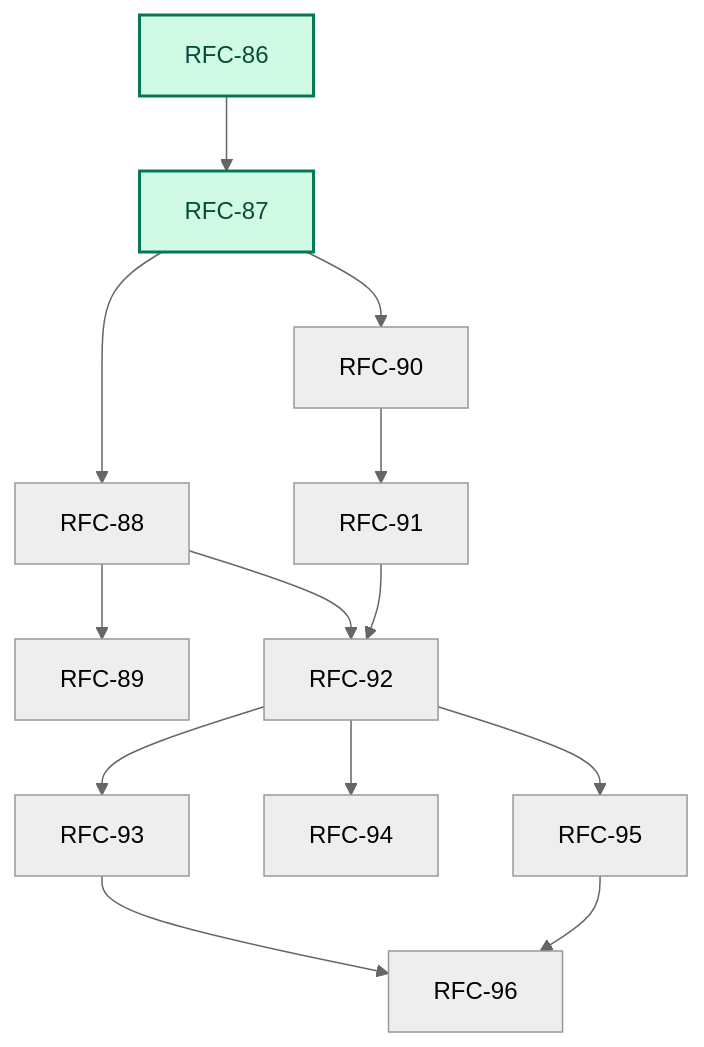
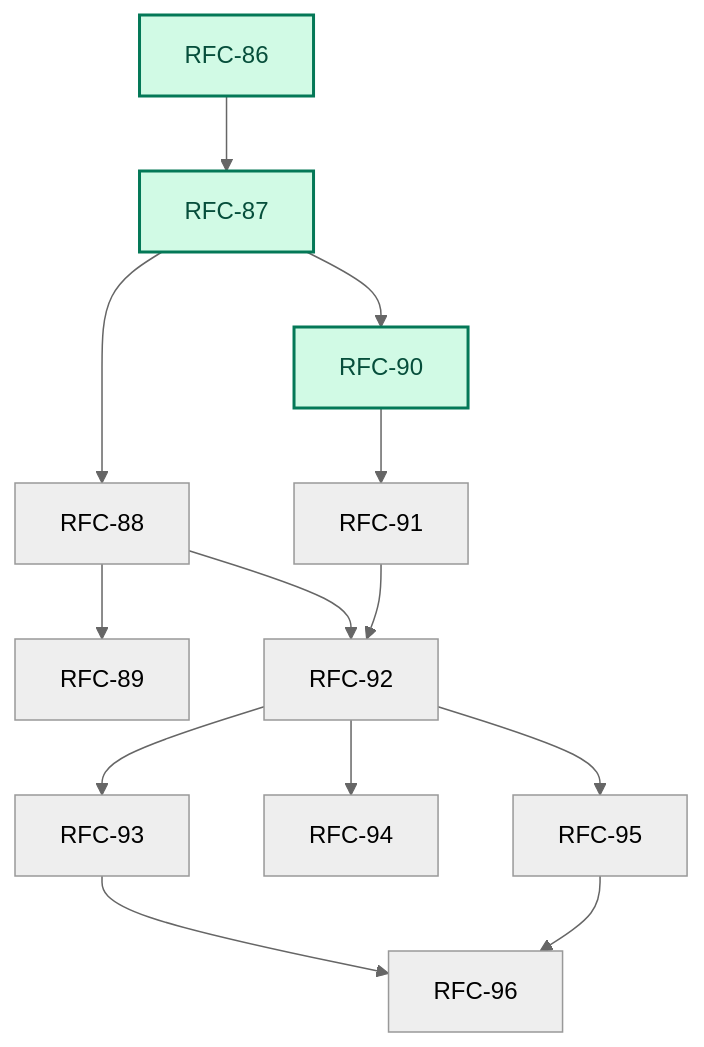
Before and after one commit to augentic/anvil: the first of 2 diagrams in rfcs/platform.md, drawn with Mermaid (neutral theme). The commit also changed other lines of this file and 1 other file, not shown here.

Commit message:
update to implemented

````diff
--- a/rfcs/platform.md
+++ b/rfcs/platform.md
@@ -27,18 +27,18 @@
 ```mermaid
 flowchart TD
     R86[RFC-86] --> R87[RFC-87]
     R87 --> R88[RFC-88]
     R87 --> R90[RFC-90]
     R88 --> R89[RFC-89]
     R88 --> R92[RFC-92]
     R90 --> R91[RFC-91]
     R91 --> R92
     R92 --> R93[RFC-93]
     R92 --> R94[RFC-94]
     R92 --> R95[RFC-95]
     R93 --> R96[RFC-96]
     R95 --> R96
 
     classDef implemented fill:#d1fae5,stroke:#047857,color:#064e3b,stroke-width:2px
-    class R86,R87 implemented
+    class R86,R87,R90 implemented
 ```
````
